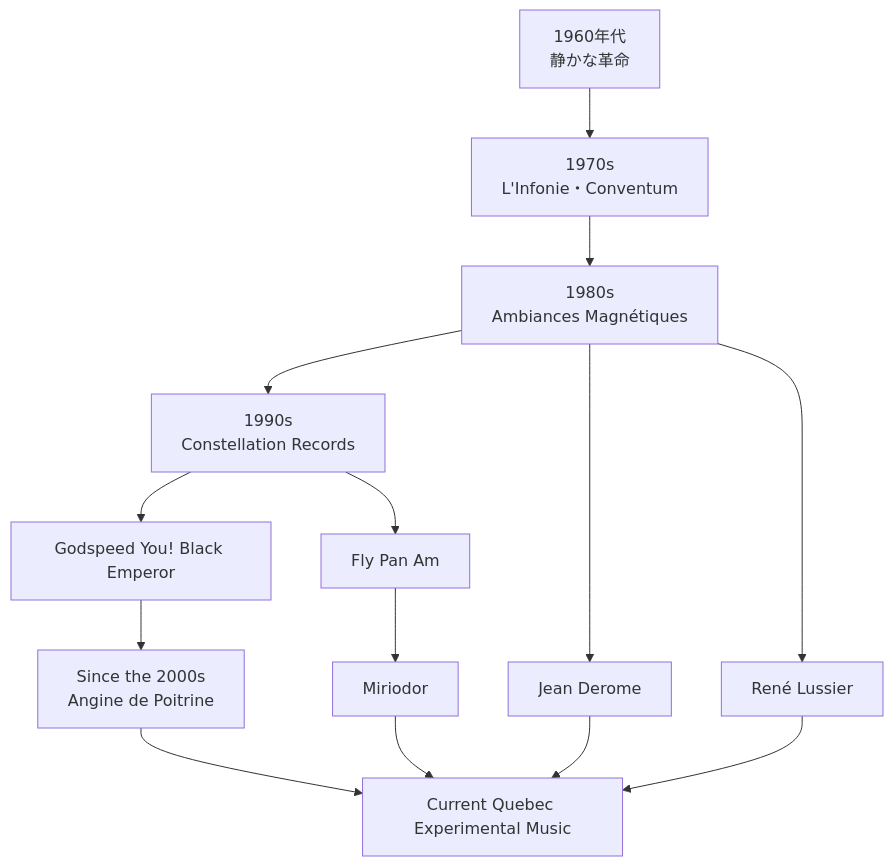
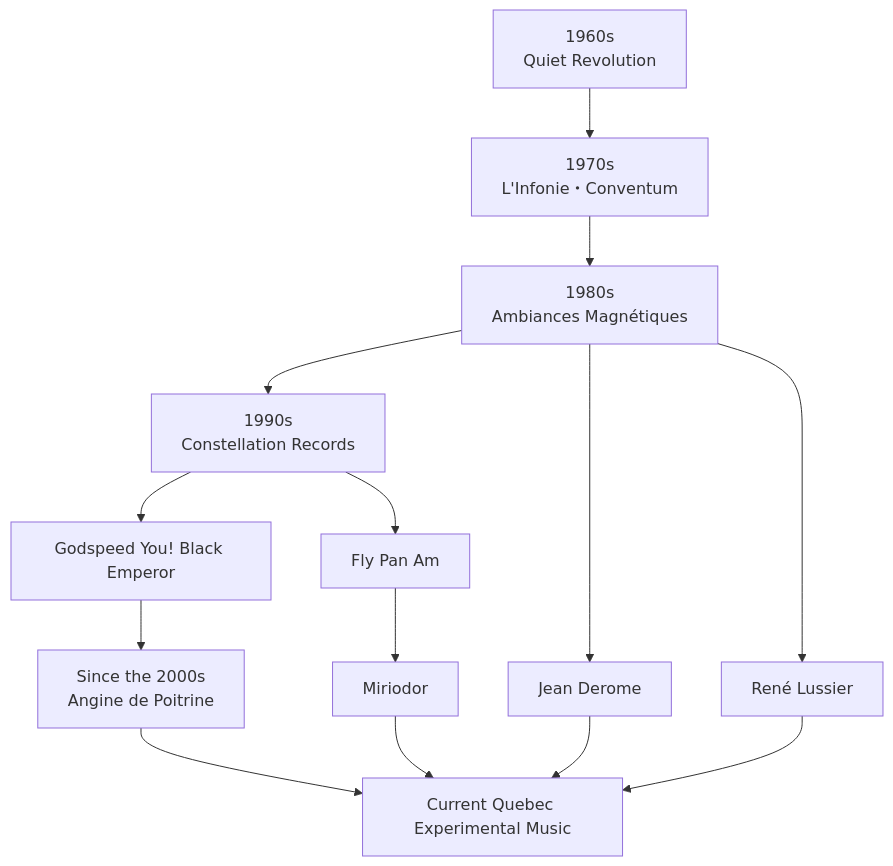
The second of 2 diagrams in en/_posts/2026-07-25-column-quebec.md (monumental-movement/monumental-movement.github.io), drawn with Mermaid before and after one commit. The commit also changed other lines of this file and 851 other files, not shown here.

```diff
--- a/en/_posts/2026-07-25-column-quebec.md
+++ b/en/_posts/2026-07-25-column-quebec.md
@@ -557,18 +557,18 @@
 <div class="mermaid">
 flowchart TD
 
-A["1960年代<br>静かな革命"] --> B["1970s<br>L'Infonie・Conventum"]
+A["1960s<br>Quiet Revolution"] --> B["1970s<br>L'Infonie・Conventum"]
 B --> C["1980s<br>Ambiances Magnétiques"]
 C --> D["1990s<br>Constellation Records"]
 D --> E["Godspeed You! Black Emperor"]
 D --> F["Fly Pan Am"]
 C --> G["Jean Derome"]
 C --> H["René Lussier"]
 E --> I["Since the 2000s<br>Angine de Poitrine"]
 F --> J["Miriodor"]
 I --> K["Current Quebec Experimental Music"]
 J --> K
 G --> K
 H --> K
 
 </div>
```
